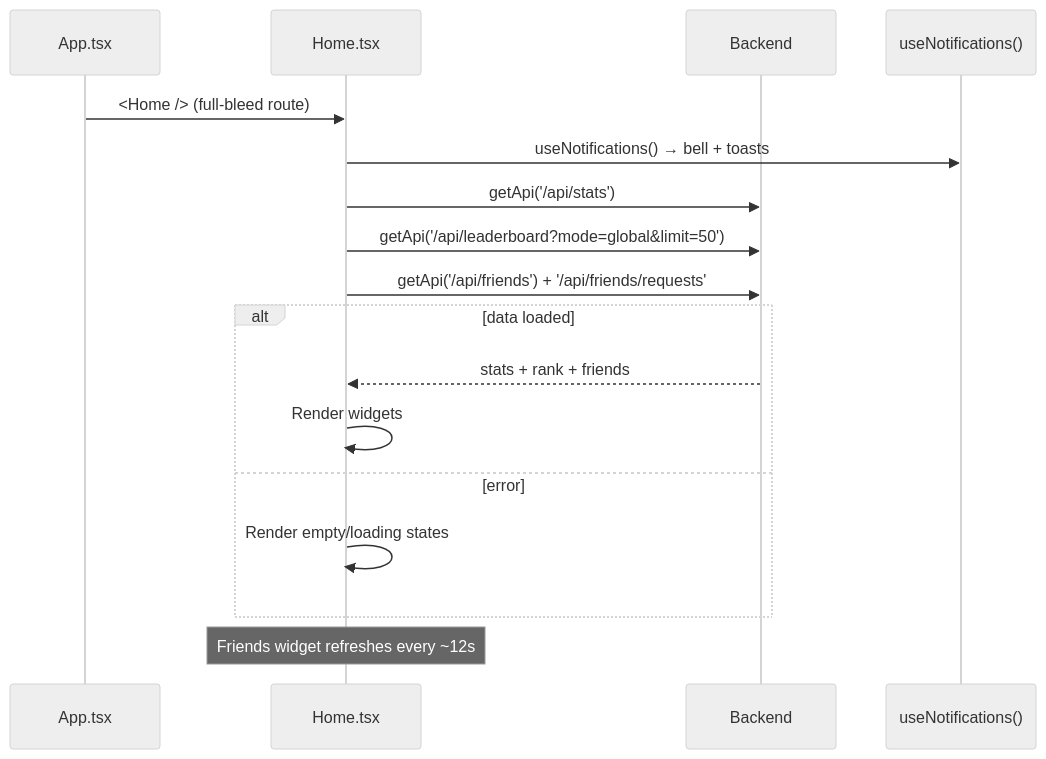
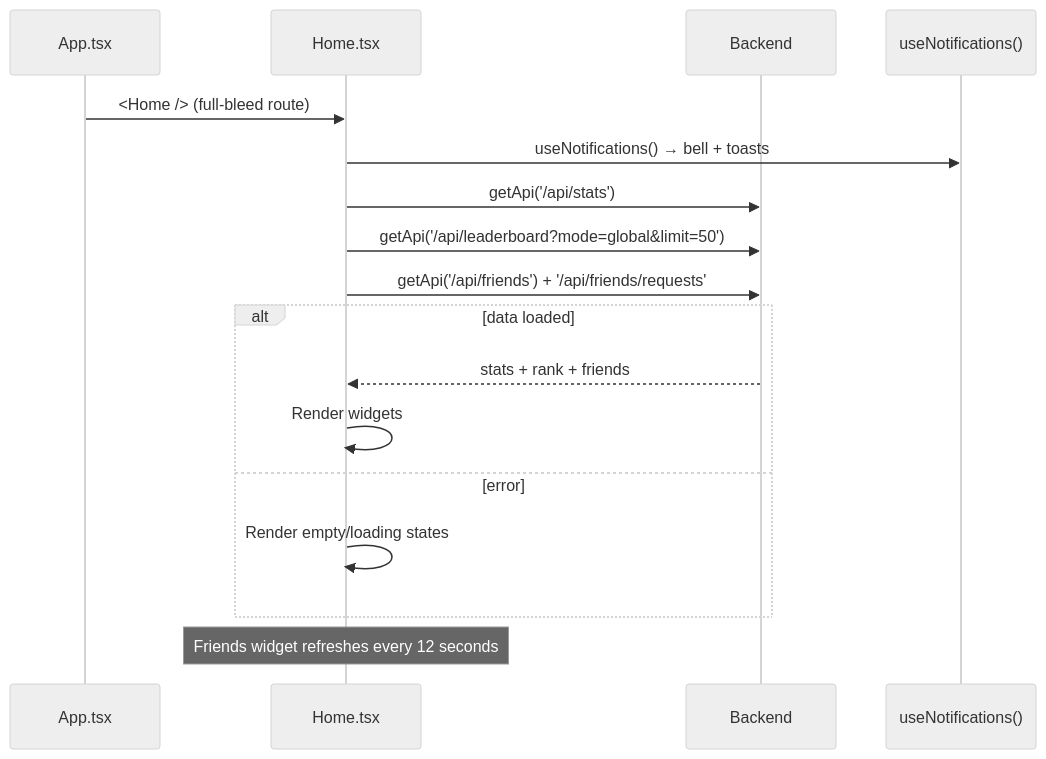
Before and after one commit to JaxzTan/ft_transcendence: the diagram in docs/frontend/frontend-home-module.md, drawn with Mermaid (neutral theme). The commit also changed other lines of this file and 39 other files, not shown here.

````diff
--- a/docs/frontend/frontend-home-module.md
+++ b/docs/frontend/frontend-home-module.md
@@ -75,20 +75,20 @@
 ```mermaid
 sequenceDiagram
     participant App as App.tsx
     participant Home as Home.tsx
     participant API as Backend
     participant Notif as useNotifications()
 
     App->>Home: <Home /> (full-bleed route)
     Home->>Notif: useNotifications() → bell + toasts
     Home->>API: getApi('/api/stats')
     Home->>API: getApi('/api/leaderboard?mode=global&limit=50')
     Home->>API: getApi('/api/friends') + '/api/friends/requests'
     alt data loaded
         API-->>Home: stats + rank + friends
         Home->>Home: Render widgets
     else error
         Home->>Home: Render empty/loading states
     end
-    Note over Home: Friends widget refreshes every ~12s
+    Note over Home: Friends widget refreshes every 12 seconds
 ```
````
